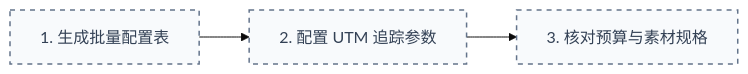
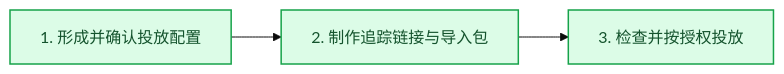
One commit to ezra-y/reddit-ad-workflow-skills changed the fourth of 6 diagrams in README.md. Above: the diagram before and after it, drawn with Mermaid (base theme). The commit also changed other lines of this file and 20 other files, not shown here.

````diff
--- a/README.md
+++ b/README.md
@@ -143,7 +160,7 @@
 ```mermaid
 flowchart LR
-    P3_1["1. 生成批量配置表"] --> P3_2["2. 配置 UTM 追踪参数"] --> P3_3["3. 核对预算与素材规格"]
+    P3_1["1. 形成并确认投放配置"] --> P3_2["2. 制作追踪链接与导入包"] --> P3_3["3. 检查并按授权投放"]
 
-    classDef planStep fill:#F8FAFC,stroke:#64748B,stroke-width:1.5px,stroke-dasharray: 5 5,color:#334155
-    class P3_1,P3_2,P3_3 planStep
+    classDef readyStep fill:#DCFCE7,stroke:#16A34A,stroke-width:1.5px,color:#14532D
+    class P3_1,P3_2,P3_3 readyStep
 ```
````
